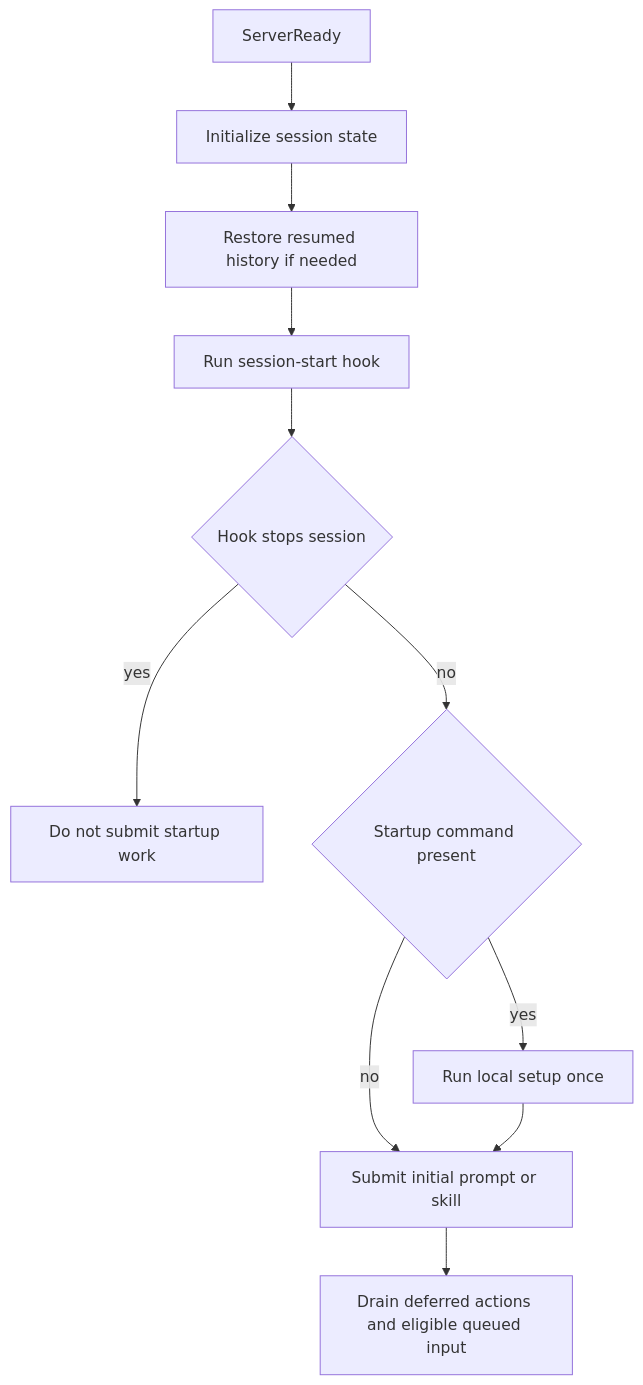
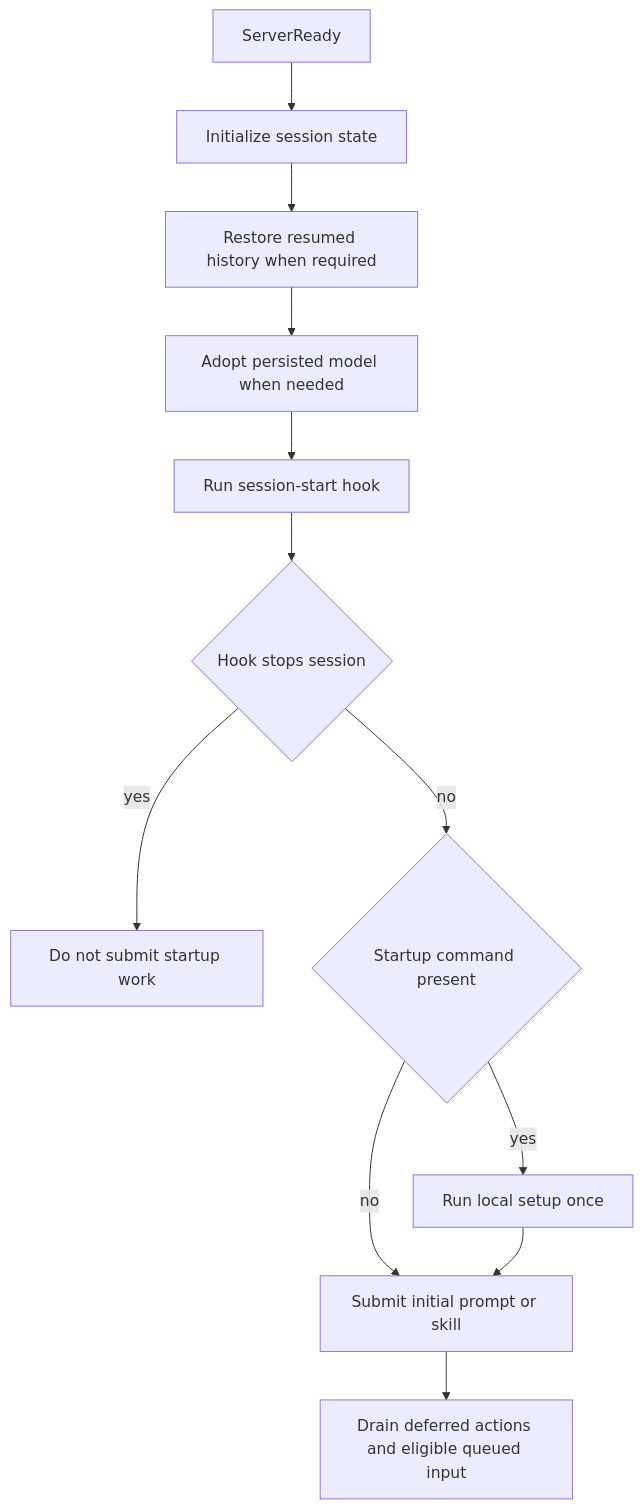
Before and after one commit to langchain-ai/deepagents: the second of 2 diagrams in openwiki/workflows/run-dcode-session.md, drawn with Mermaid. The commit also changed other lines of this file and 37 other files, not shown here.

````diff
--- a/openwiki/workflows/run-dcode-session.md
+++ b/openwiki/workflows/run-dcode-session.md
@@ -134,13 +107,14 @@
 ```mermaid
 flowchart TD
     Ready["ServerReady"] --> Init["Initialize session state"]
-    Init --> History["Restore resumed history if needed"]
-    History --> Hook["Run session-start hook"]
+    Init --> History["Restore resumed history when required"]
+    History --> Adopt["Adopt persisted model when needed"]
+    Adopt --> Hook["Run session-start hook"]
     Hook --> Stop{"Hook stops session"}
     Stop -->|"yes"| Halt["Do not submit startup work"]
-    Stop -->|"no"| StartCmd{"Startup command present"}
-    StartCmd -->|"yes"| LocalSetup["Run local setup once"]
-    StartCmd -->|"no"| Submit
+    Stop -->|"no"| Setup{"Startup command present"}
+    Setup -->|"yes"| LocalSetup["Run local setup once"]
+    Setup -->|"no"| Submit
     LocalSetup --> Submit["Submit initial prompt or skill"]
     Submit --> Backlog["Drain deferred actions and eligible queued input"]
 ```
````
